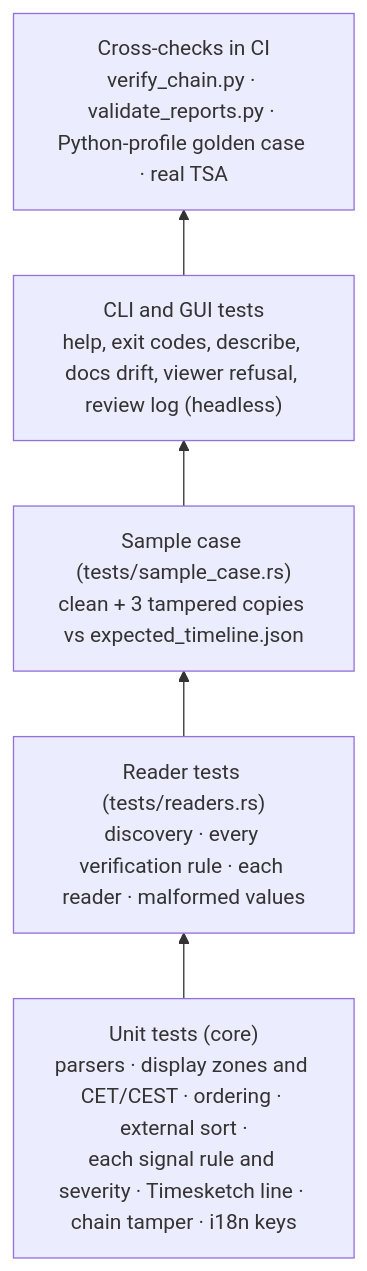
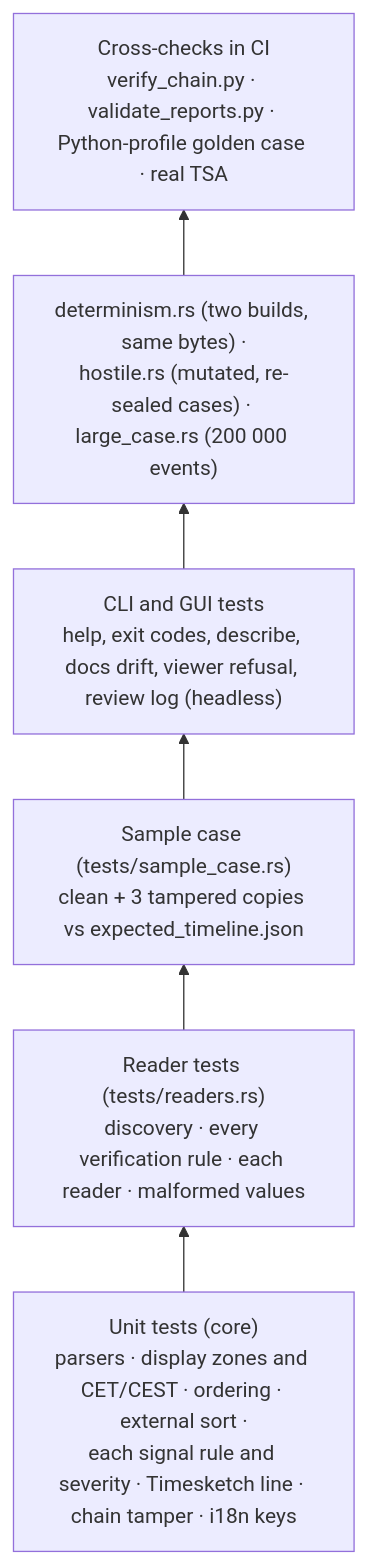
The third of 5 diagrams in docs/development.md (Panacota96/rv-timeline), drawn with Mermaid before and after one commit. The commit also changed other lines of this file and 8 other files, not shown here.

First line of the commit message:
docs: reconcile with the QA changes on timeline-core

````diff
--- a/docs/development.md
+++ b/docs/development.md
@@ -173,8 +173,9 @@
 ```mermaid
 flowchart BT
     U["Unit tests (core)<br/>parsers · display zones and CET/CEST · ordering · external sort ·<br/>each signal rule and severity · Timesketch line · chain tamper · i18n keys"] --> R
     R["Reader tests (tests/readers.rs)<br/>discovery · every verification rule · each reader · malformed values"] --> S
     S["Sample case (tests/sample_case.rs)<br/>clean + 3 tampered copies vs expected_timeline.json"] --> I
-    I["CLI and GUI tests<br/>help, exit codes, describe, docs drift, viewer refusal, review log (headless)"] --> X
+    I["CLI and GUI tests<br/>help, exit codes, describe, docs drift, viewer refusal, review log (headless)"] --> D
+    D["determinism.rs (two builds, same bytes) ·<br/>hostile.rs (mutated, re-sealed cases) · large_case.rs (200 000 events)"] --> X
     X["Cross-checks in CI<br/>verify_chain.py · validate_reports.py · Python-profile golden case · real TSA"]
 ```
````
